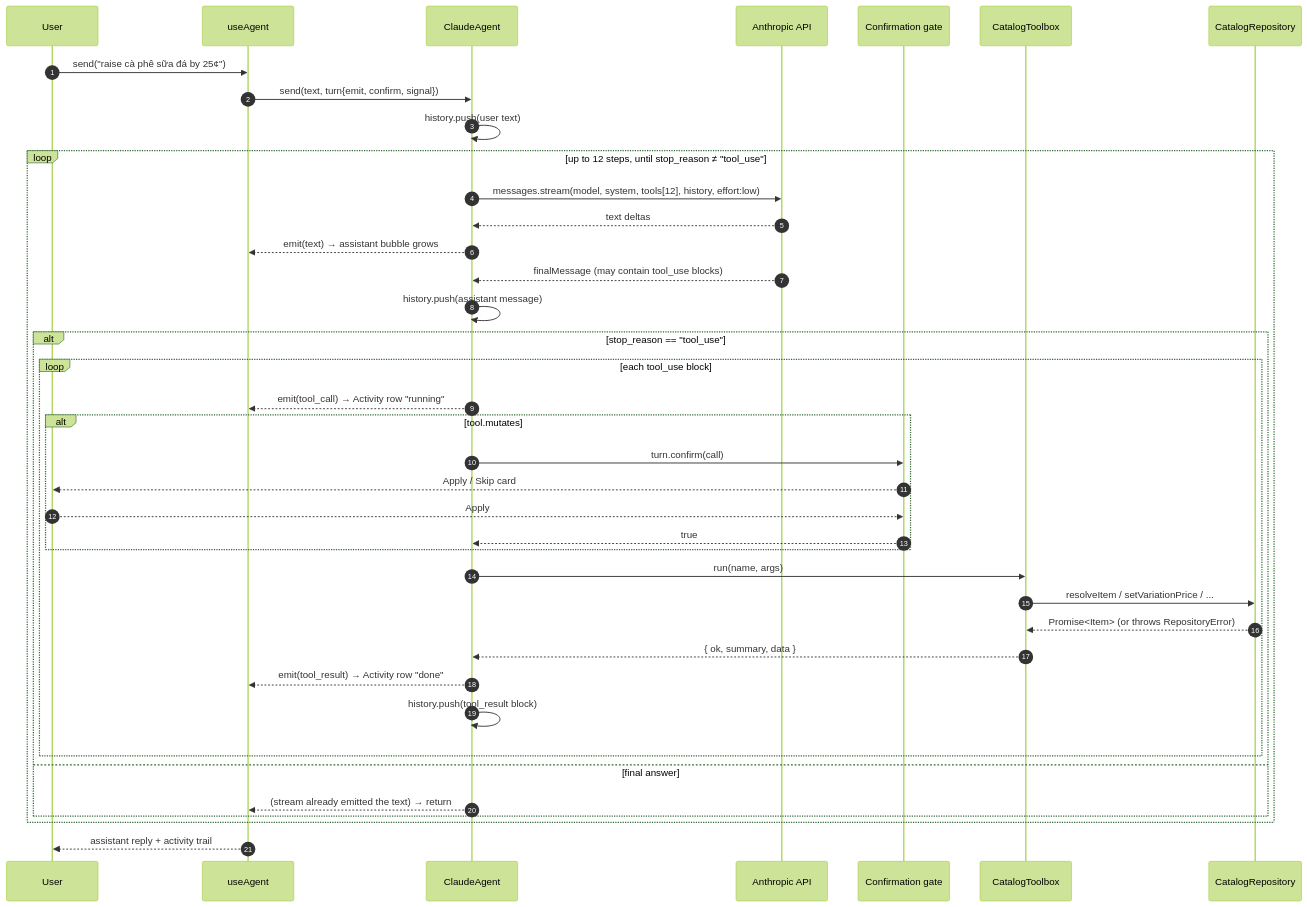
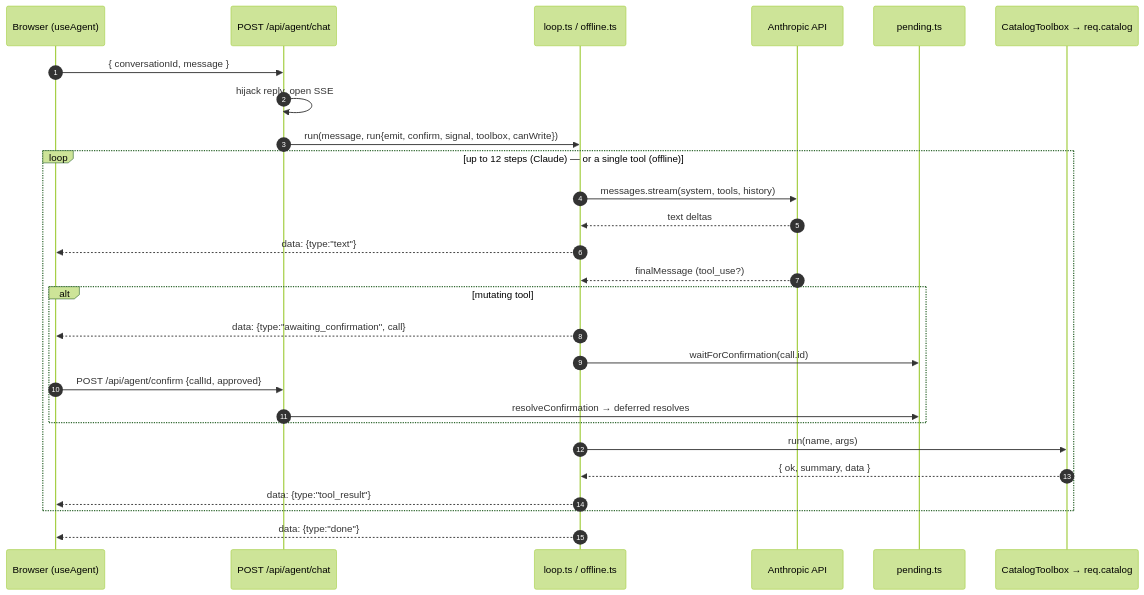
One commit to daniel-citrus/CapheVietPOS changed the third of 5 diagrams in ARCHITECTURE.md. Above: the diagram before and after it, drawn with Mermaid (forest theme). The commit also changed other lines of this file and 4 other files, not shown here.

````diff
--- a/ARCHITECTURE.md
+++ b/ARCHITECTURE.md
@@ -148,43 +132,30 @@
 ```mermaid
 sequenceDiagram
   autonumber
-  participant User
-  participant UA as useAgent
-  participant CA as ClaudeAgent
+  participant U as Browser (useAgent)
+  participant R as POST /api/agent/chat
+  participant L as loop.ts / offline.ts
   participant API as Anthropic API
-  participant GATE as Confirmation gate
-  participant TBX as CatalogToolbox
-  participant REPO as CatalogRepository
+  participant P as pending.ts
+  participant TB as CatalogToolbox → req.catalog
 
-  User->>UA: send("raise cà phê sữa đá by 25¢")
-  UA->>CA: send(text, turn{emit, confirm, signal})
-  CA->>CA: history.push(user text)
-
-  loop up to 12 steps, until stop_reason ≠ "tool_use"
-    CA->>API: messages.stream(model, system, tools[12], history, effort:low)
-    API-->>CA: text deltas
-    CA-->>UA: emit(text) → assistant bubble grows
-    API-->>CA: finalMessage (may contain tool_use blocks)
-    CA->>CA: history.push(assistant message)
-    alt stop_reason == "tool_use"
-      loop each tool_use block
-        CA-->>UA: emit(tool_call) → Activity row "running"
-        alt tool.mutates
-          CA->>GATE: turn.confirm(call)
-          GATE-->>User: Apply / Skip card
-          User-->>GATE: Apply
-          GATE-->>CA: true
-        end
-        CA->>TBX: run(name, args)
-        TBX->>REPO: resolveItem / setVariationPrice / ...
-        REPO-->>TBX: Promise<Item> (or throws RepositoryError)
-        TBX-->>CA: { ok, summary, data }
-        CA-->>UA: emit(tool_result) → Activity row "done"
-        CA->>CA: history.push(tool_result block)
-      end
-    else final answer
-      CA-->>UA: (stream already emitted the text) → return
+  U->>R: { conversationId, message }
+  R->>R: hijack reply, open SSE
+  R->>L: run(message, run{emit, confirm, signal, toolbox, canWrite})
+  loop up to 12 steps (Claude) — or a single tool (offline)
+    L->>API: messages.stream(system, tools, history)
+    API-->>L: text deltas
+    L-->>U: data: {type:"text"}
+    API-->>L: finalMessage (tool_use?)
+    alt mutating tool
+      L-->>U: data: {type:"awaiting_confirmation", call}
+      L->>P: waitForConfirmation(call.id)
+      U->>R: POST /api/agent/confirm {callId, approved}
+      R->>P: resolveConfirmation → deferred resolves
     end
+    L->>TB: run(name, args)
+    TB-->>L: { ok, summary, data }
+    L-->>U: data: {type:"tool_result"}
   end
-  UA-->>User: assistant reply + activity trail
+  L-->>U: data: {type:"done"}
 ```
````
